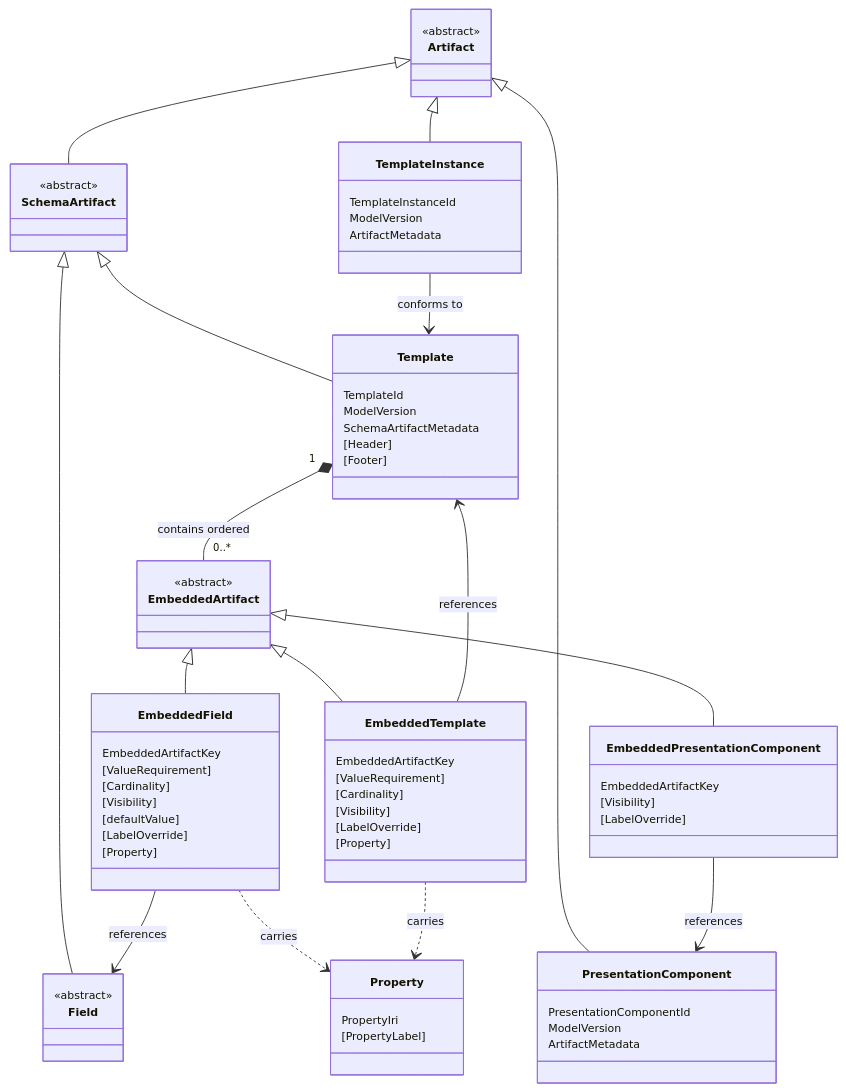
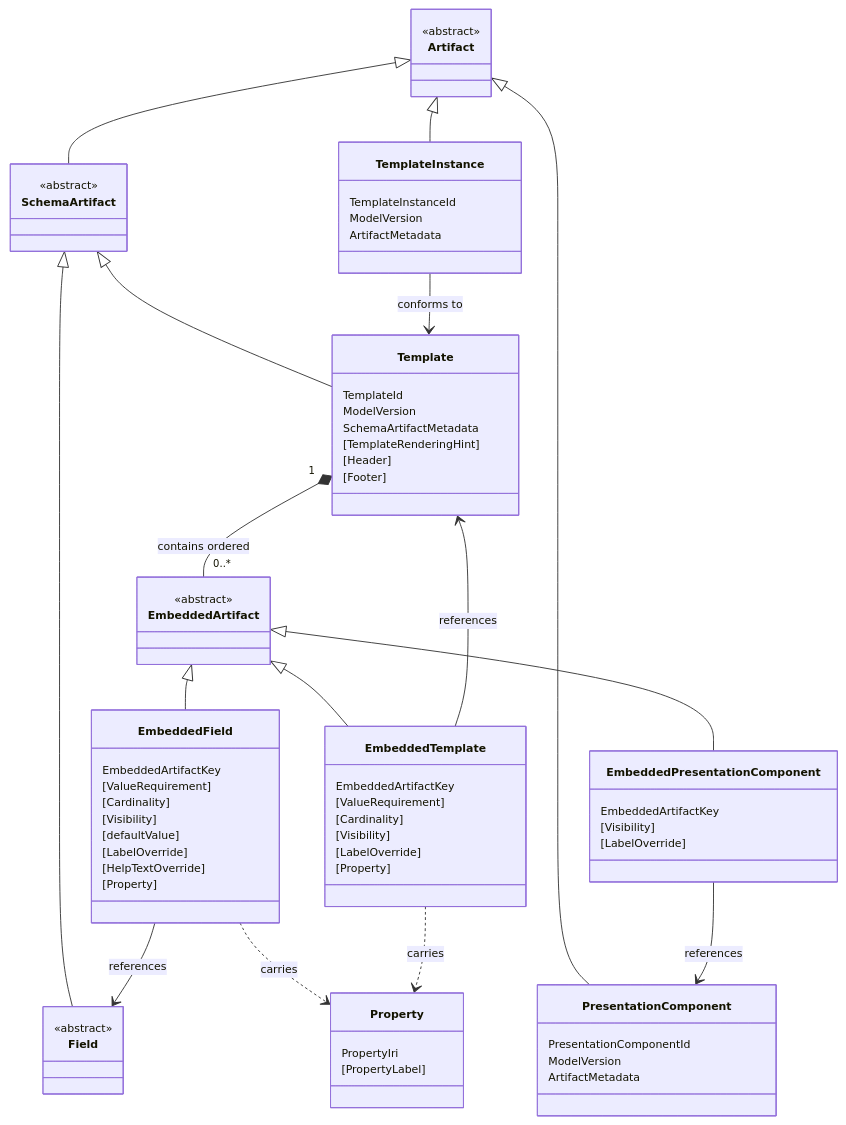
Before and after one commit to metadatacenter/cedar-structural-spec: the diagram in spec/grammar.md, drawn with Mermaid. The commit also changed other lines of this file and 3 other files, not shown here.

First line of the commit message:
Add HelpText and template-level HelpDisplayMode to the spec

```diff
--- a/spec/grammar.md
+++ b/spec/grammar.md
@@ -108,6 +109,7 @@
     TemplateId
     ModelVersion
     SchemaArtifactMetadata
+    [TemplateRenderingHint]
     [Header]
     [Footer]
   }
@@ -132,6 +134,7 @@
     [Visibility]
     [defaultValue]
     [LabelOverride]
+    [HelpTextOverride]
     [Property]
   }
   class EmbeddedTemplate {
```
